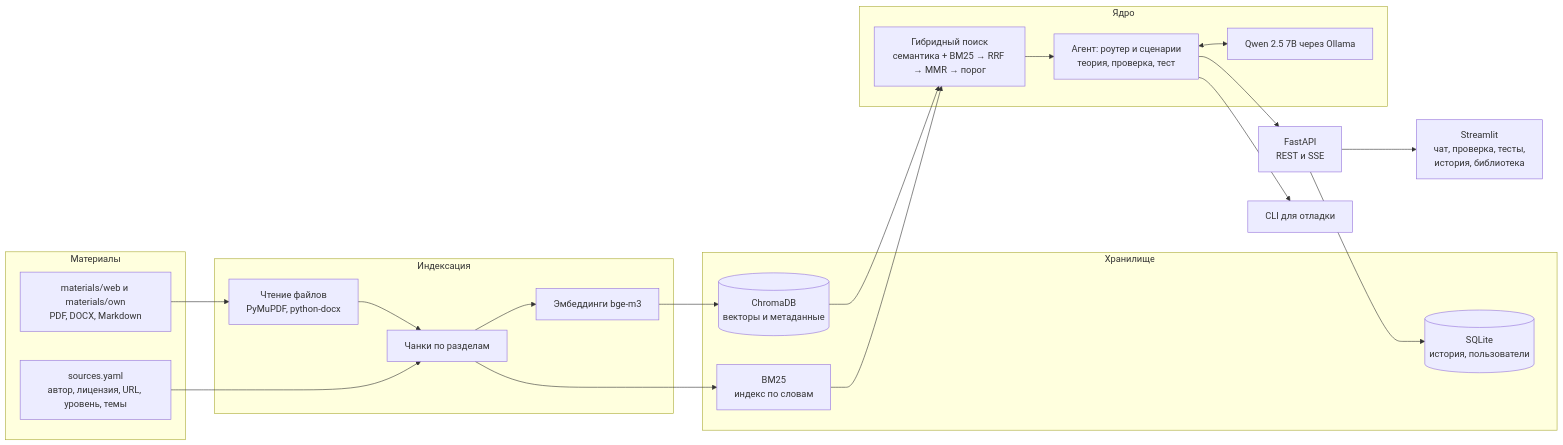
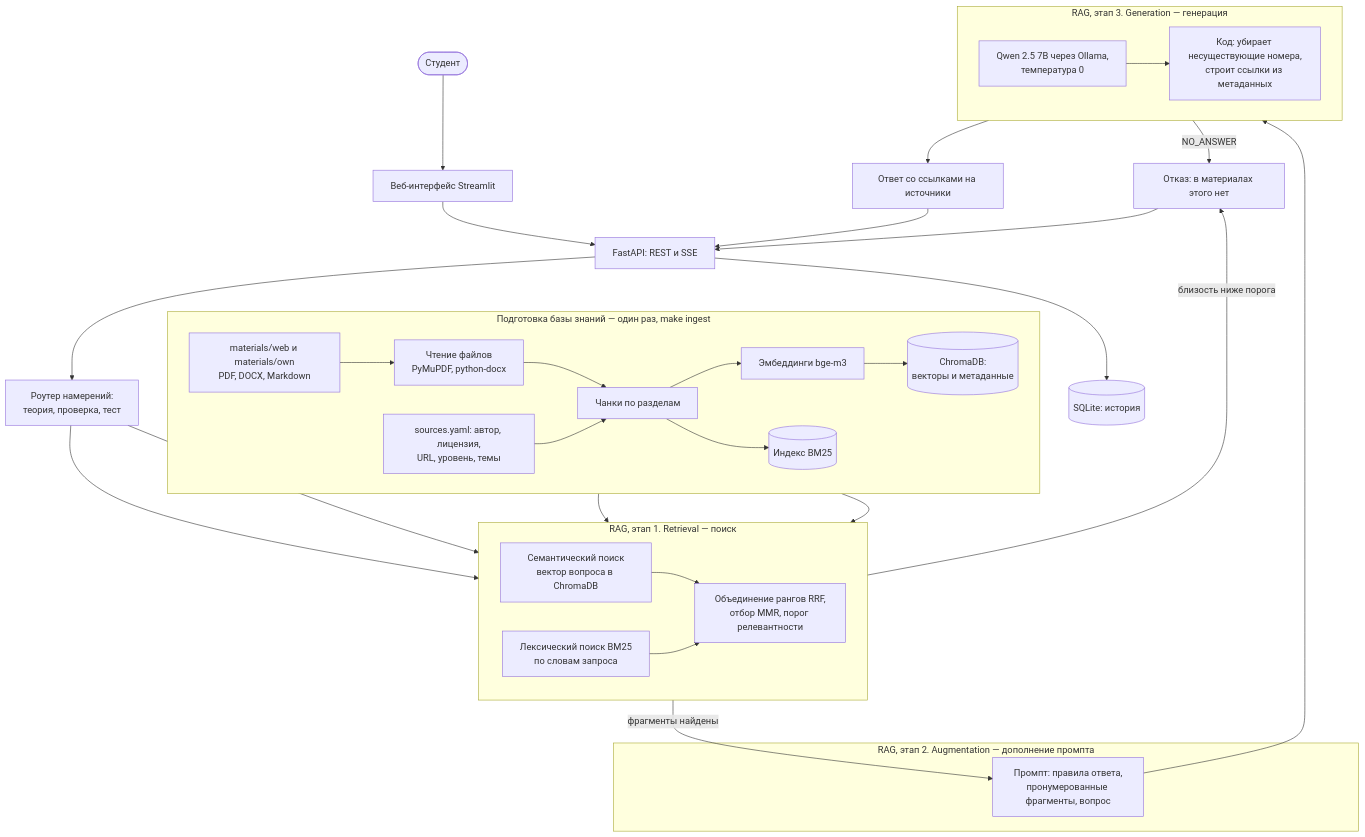
One commit to Xlemon5/english-tutor-ai changed the first of 2 diagrams in README.md. Above: the diagram before and after it, drawn with Mermaid. The commit also changed other lines of this file and 2 other files, not shown here.

First line of the commit message:
Show RAG stages on the architecture diagram and expand Docker instructions

````diff
--- a/README.md
+++ b/README.md
@@ -120,33 +188,44 @@
 ```mermaid
-flowchart LR
-    subgraph Материалы
-        M[materials/web и materials/own<br/>PDF, DOCX, Markdown]
-        S[sources.yaml<br/>автор, лицензия, URL, уровень, темы]
+flowchart TB
+    subgraph PREP["Подготовка базы знаний — один раз, make ingest"]
+        direction LR
+        M["materials/web и materials/own<br/>PDF, DOCX, Markdown"] --> L["Чтение файлов<br/>PyMuPDF, python-docx"]
+        L --> C["Чанки по разделам"]
+        S["sources.yaml: автор, лицензия,<br/>URL, уровень, темы"] --> C
+        C --> E["Эмбеддинги bge-m3"]
+        E --> V[("ChromaDB:<br/>векторы и метаданные")]
+        C --> B[("Индекс BM25")]
     end
-    subgraph Индексация
-        L[Чтение файлов<br/>PyMuPDF, python-docx] --> C[Чанки по разделам]
-        C --> E[Эмбеддинги bge-m3]
+
+    U(["Студент"]) --> UI["Веб-интерфейс Streamlit"]
+    UI --> API["FastAPI: REST и SSE"]
+    API --> RT["Роутер намерений:<br/>теория, проверка, тест"]
+    API --> Q[("SQLite: история")]
+
+    subgraph RET["RAG, этап 1. Retrieval — поиск"]
+        direction LR
+        R1["Семантический поиск<br/>вектор вопроса в ChromaDB"] --> R3["Объединение рангов RRF,<br/>отбор MMR, порог релевантности"]
+        R2["Лексический поиск BM25<br/>по словам запроса"] --> R3
     end
-    subgraph Хранилище
-        V[(ChromaDB<br/>векторы и метаданные)]
-        B[BM25<br/>индекс по словам]
-        Q[(SQLite<br/>история, пользователи)]
+
+    subgraph AUG["RAG, этап 2. Augmentation — дополнение промпта"]
+        A1["Промпт: правила ответа,<br/>пронумерованные фрагменты, вопрос"]
     end
-    subgraph Ядро
-        R[Гибридный поиск<br/>семантика + BM25 → RRF → MMR → порог]
-        A[Агент: роутер и сценарии<br/>теория, проверка, тест]
-        LLM[Qwen 2.5 7B через Ollama]
+
+    subgraph GEN["RAG, этап 3. Generation — генерация"]
+        direction LR
+        G1["Qwen 2.5 7B через Ollama,<br/>температура 0"] --> G2["Код: убирает несуществующие номера,<br/>строит ссылки из метаданных"]
     end
-    M --> L
-    S --> C
-    E --> V
-    C --> B
-    V --> R
-    B --> R
-    R --> A
-    A <--> LLM
-    A --> API[FastAPI<br/>REST и SSE]
-    API --> Q
-    API --> UI[Streamlit<br/>чат, проверка, тесты,<br/>история, библиотека]
-    A --> CLI[CLI для отладки]
+
+    RT --> R1
+    RT --> R2
+    V --> R1
+    B --> R2
+    R3 -- "фрагменты найдены" --> A1
+    A1 --> G1
+    R3 -- "близость ниже порога" --> NO["Отказ: в материалах этого нет"]
+    G1 -- "NO_ANSWER" --> NO
+    G2 --> ANS["Ответ со ссылками на источники"]
+    ANS --> API
+    NO --> API
 ```
````
